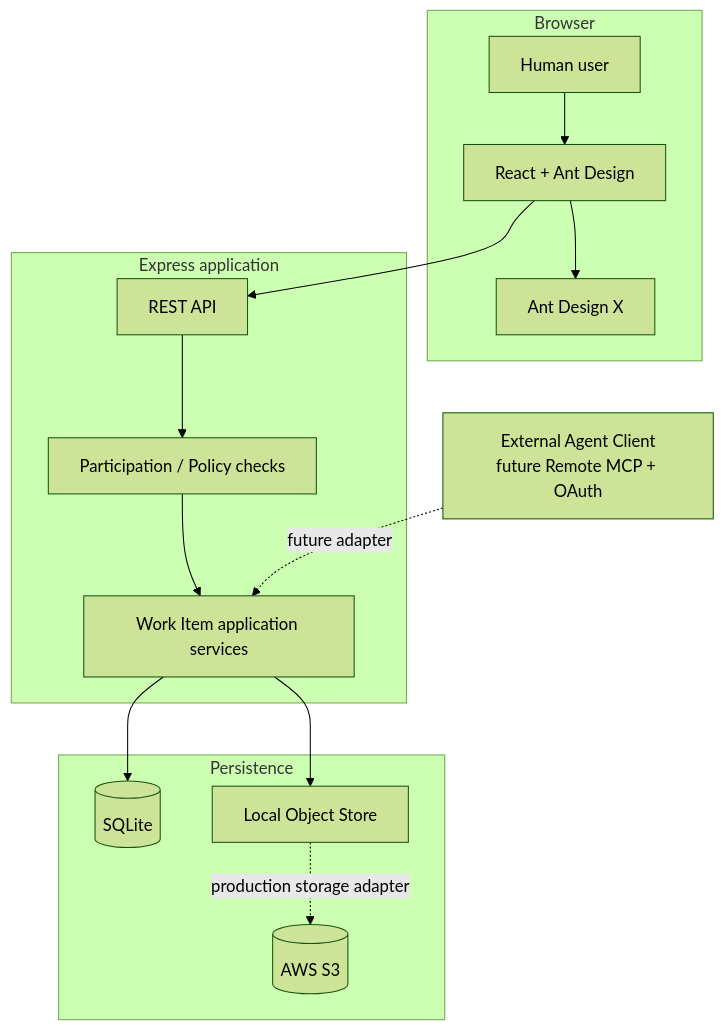
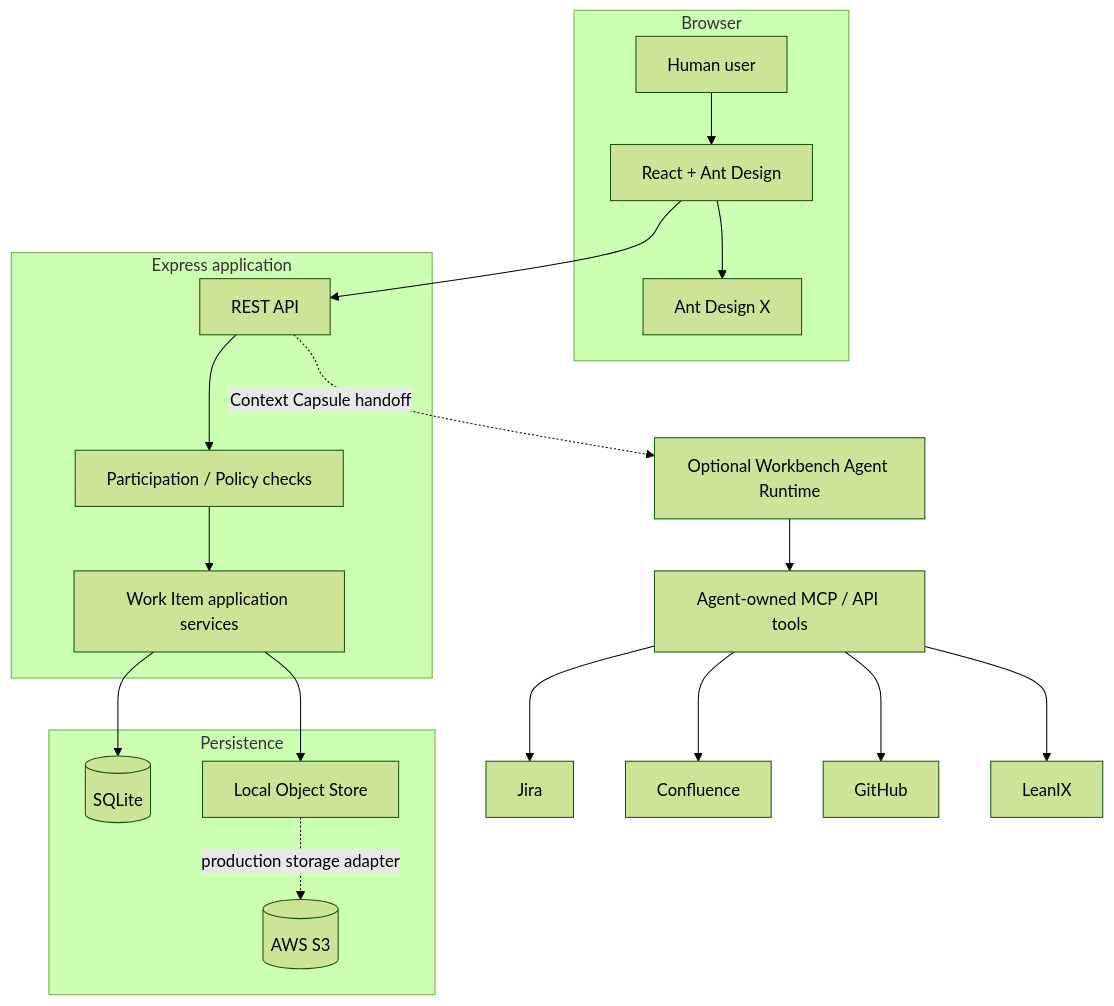
The diagram in tools/architecture-workbench/docs/architecture.md (devweekly/devweekly.github.io), drawn with Mermaid (forest theme) before and after one commit. The commit also changed other lines of this file and 15 other files, not shown here.

Commit message:
feat(tools): extend workbench context references and portfolio analytics

````diff
--- a/tools/architecture-workbench/docs/architecture.md
+++ b/tools/architecture-workbench/docs/architecture.md
@@ -7,27 +7,32 @@
 ```mermaid
 flowchart TB
   subgraph Browser["Browser"]
     Human["Human user"]
     React["React + Ant Design"]
     X["Ant Design X"]
     Human --> React
     React --> X
   end
   subgraph Server["Express application"]
     API["REST API"]
     Policy["Participation / Policy checks"]
     Domain["Work Item application services"]
     API --> Policy
     Policy --> Domain
   end
   subgraph Persistence["Persistence"]
     SQLite[("SQLite")]
     Files["Local Object Store"]
     S3[("AWS S3")]
   end
   React --> API
   Domain --> SQLite
   Domain --> Files
   Files -. production storage adapter .-> S3
-  External["External Agent Client<br/>future Remote MCP + OAuth"] -. future adapter .-> Domain
+  API -. Context Capsule handoff .-> Agent["Optional Workbench Agent Runtime"]
+  Agent --> ToolLayer["Agent-owned MCP / API tools"]
+  ToolLayer --> Jira["Jira"]
+  ToolLayer --> Confluence["Confluence"]
+  ToolLayer --> GitHub["GitHub"]
+  ToolLayer --> LeanIX["LeanIX"]
 ```
````
